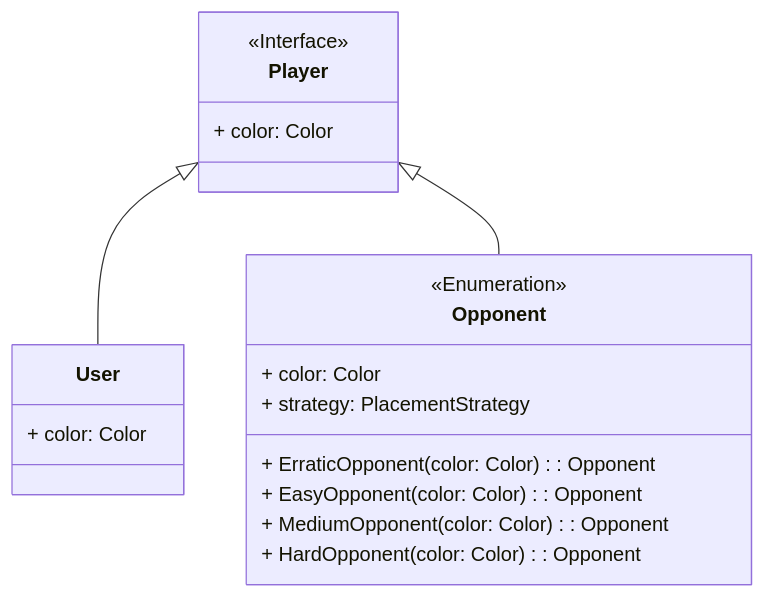
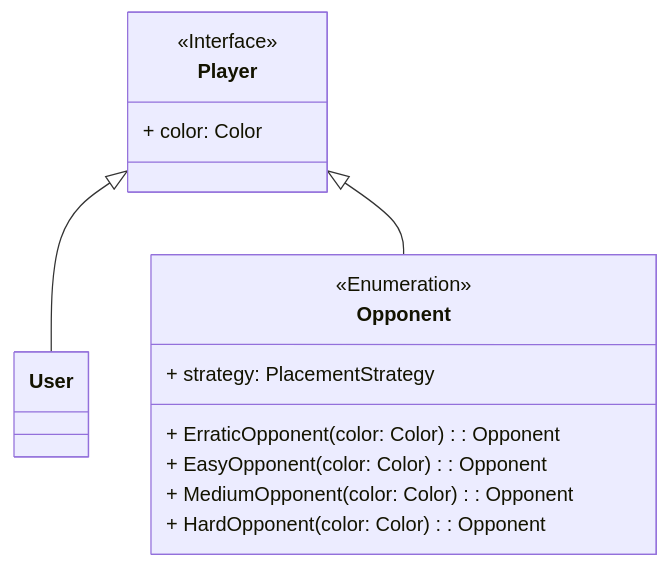
The fifth of 12 diagrams in docs/report/4-detailed-design.md (Borgotto/PPS-25-scalatello), drawn with Mermaid before and after one commit. The commit also changed other lines of this file, not shown here.

````diff
--- a/docs/report/4-detailed-design.md
+++ b/docs/report/4-detailed-design.md
@@ -169,20 +192,17 @@
 ```mermaid
 classDiagram
     class Player <<Interface>> {
         + color: Color
     }
-    class User {
-        + color: Color
-    }
+    class User
     class Opponent <<Enumeration>> {
-        + color: Color
         + strategy: PlacementStrategy
         + ErraticOpponent(color: Color): Opponent
         + EasyOpponent(color: Color): Opponent
         + MediumOpponent(color: Color): Opponent
         + HardOpponent(color: Color): Opponent
     }
 
     Player <|-- User
     Player <|-- Opponent
 ```
````
